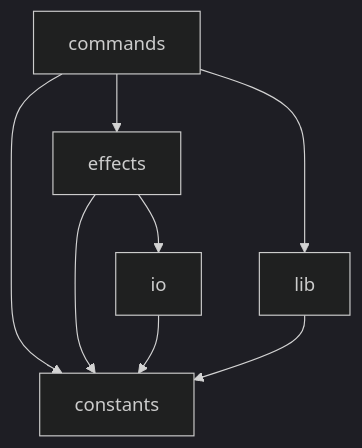
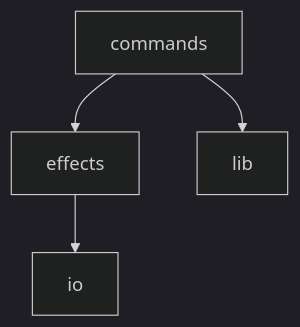
One commit to mattriley/node-kris-kringle changed the diagram in README.md. Above: the diagram before and after it, drawn with Mermaid (dark theme). The commit also changed 4 other files, not shown here.

````diff
--- a/README.md
+++ b/README.md
@@ -73,10 +73,6 @@
 ```mermaid
 graph TD;
     commands-->effects;
     commands-->lib;
-    commands-->constants;
     effects-->io;
-    effects-->constants;
-    io-->constants;
-    lib-->constants;
 ```
````
